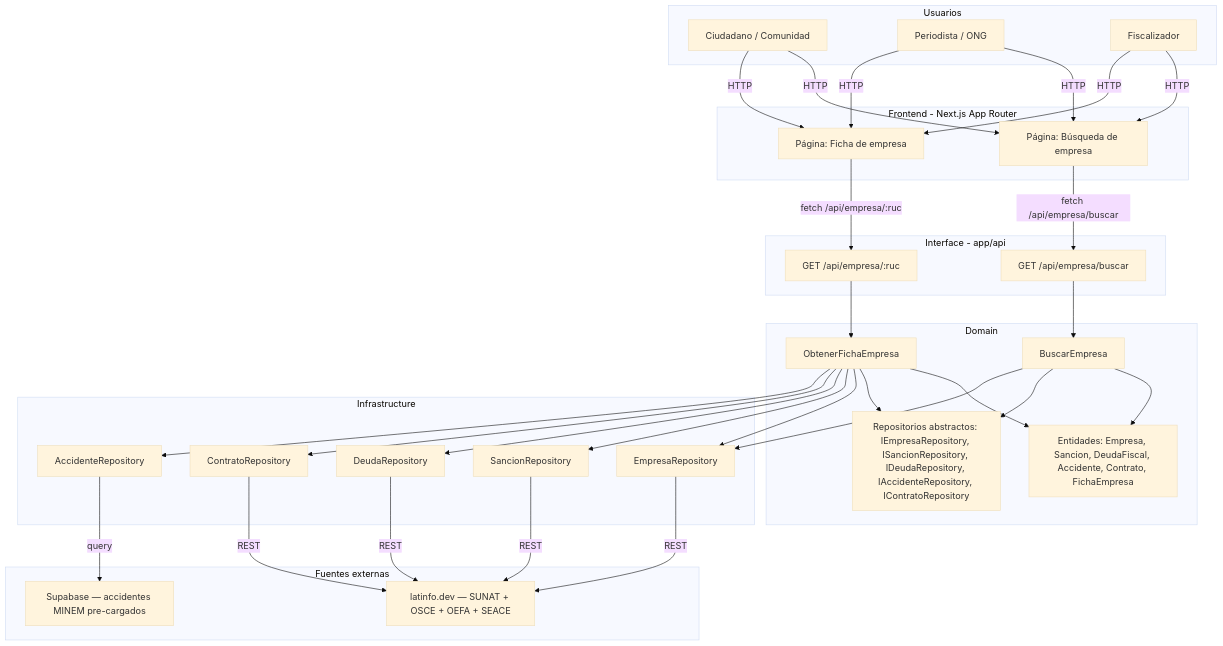
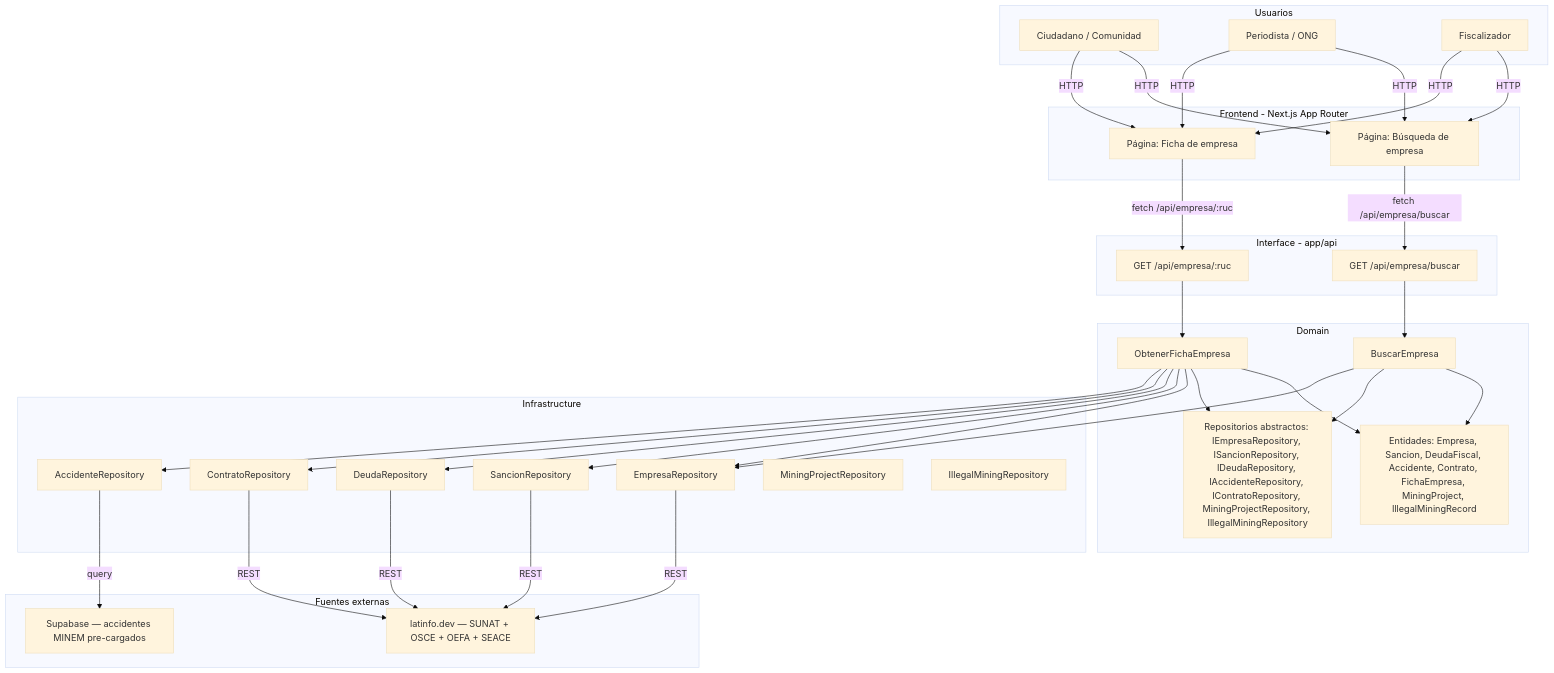
One commit to RandomGuy16/hackathon-tsc-flovemi changed the first of 2 diagrams in docs/arquitectura.md. Above: the diagram before and after it, drawn with Mermaid (base theme). The commit also changed 10 other files, not shown here.

````diff
--- a/docs/arquitectura.md
+++ b/docs/arquitectura.md
@@ -5,49 +5,51 @@
 ```mermaid
 graph TD
     subgraph Usuarios
         U1[Ciudadano / Comunidad]
         U2[Periodista / ONG]
         U3[Fiscalizador]
     end
 
     subgraph Frontend - Next.js App Router
         P1[Página: Búsqueda de empresa]
         P2[Página: Ficha de empresa]
     end
 
     subgraph Interface - app/api
         A1[GET /api/empresa/buscar]
         A2[GET /api/empresa/:ruc]
     end
 
     subgraph Domain
         UC1[BuscarEmpresa]
         UC2[ObtenerFichaEmpresa]
-        EN[Entidades: Empresa, Sancion, DeudaFiscal, Accidente, Contrato, FichaEmpresa]
-        RI[Repositorios abstractos: IEmpresaRepository, ISancionRepository, IDeudaRepository, IAccidenteRepository, IContratoRepository]
+     EN[Entidades: Empresa, Sancion, DeudaFiscal, Accidente, Contrato, FichaEmpresa, MiningProject, IllegalMiningRecord]
+     RI[Repositorios abstractos: IEmpresaRepository, ISancionRepository, IDeudaRepository, IAccidenteRepository, IContratoRepository, MiningProjectRepository, IllegalMiningRepository]
     end
 
     subgraph Infrastructure
-        IR1[EmpresaRepository]
-        IR2[SancionRepository]
-        IR3[DeudaRepository]
-        IR4[ContratoRepository]
-        IR5[AccidenteRepository]
+         IR1[EmpresaRepository]
+         IR2[SancionRepository]
+         IR3[DeudaRepository]
+         IR4[ContratoRepository]
+         IR5[AccidenteRepository]
+         IR6[MiningProjectRepository]
+         IR7[IllegalMiningRepository]
     end
 
     subgraph Fuentes externas
         LAT[latinfo.dev — SUNAT + OSCE + OEFA + SEACE]
         SUP[Supabase — accidentes MINEM pre-cargados]
     end
 
     U1 & U2 & U3 -->|HTTP| P1 & P2
     P1 -->|fetch /api/empresa/buscar| A1
     P2 -->|fetch /api/empresa/:ruc| A2
     A1 --> UC1
     A2 --> UC2
     UC1 & UC2 --> EN & RI
     UC1 --> IR1
     UC2 --> IR1 & IR2 & IR3 & IR4 & IR5
     IR1 & IR2 & IR3 & IR4 -->|REST| LAT
     IR5 -->|query| SUP
 ```
````
